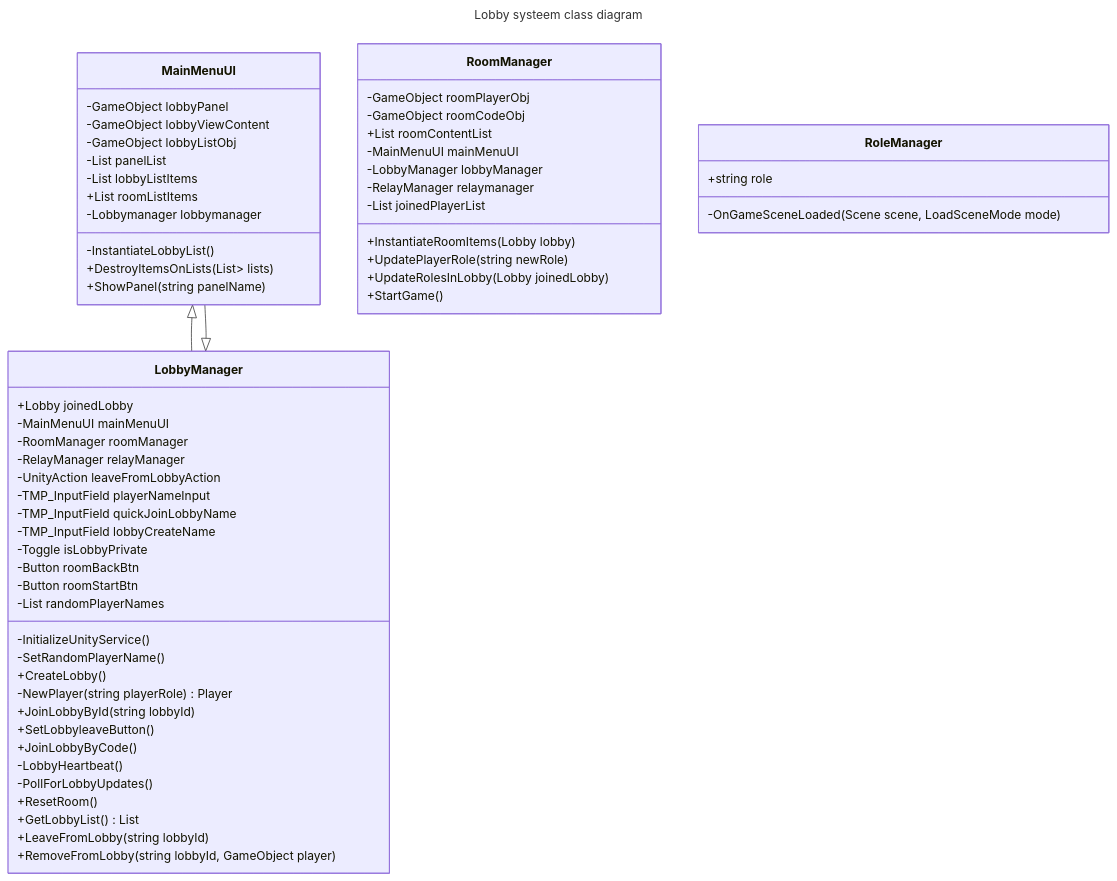
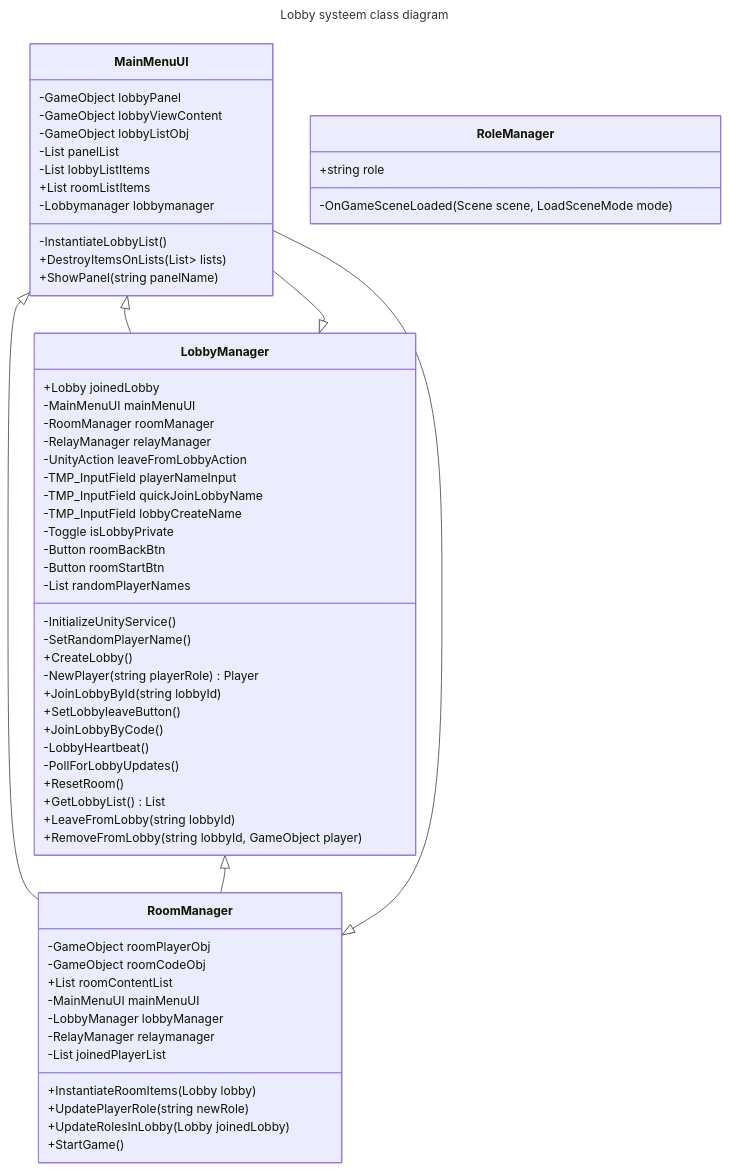
The third of 4 diagrams in README.md (T3rabyte/Examen), drawn with Mermaid before and after one commit.

````diff
--- a/README.md
+++ b/README.md
@@ -68,64 +68,67 @@
 ```mermaid
 ---
 title: Lobby systeem class diagram
 ---
 classDiagram
     MainMenuUI <|-- LobbyManager
     LobbyManager <|-- MainMenuUI
+    MainMenuUI <|-- RoomManager
+    LobbyManager <|-- RoomManager
+    RoomManager <|-- MainMenuUI
     class MainMenuUI{
         -GameObject lobbyPanel
         -GameObject lobbyViewContent
         -GameObject lobbyListObj
         -List<GameObject> panelList
         -List<GameObject> lobbyListItems
         +List<GameObject> roomListItems
         -Lobbymanager lobbymanager
         -InstantiateLobbyList()
         +DestroyItemsOnLists(List<List<GameObjects>> lists)
         +ShowPanel(string panelName)
     }
     class LobbyManager{
         +Lobby joinedLobby
         -MainMenuUI mainMenuUI
         -RoomManager roomManager
         -RelayManager relayManager
         -UnityAction leaveFromLobbyAction
         -TMP_InputField playerNameInput
         -TMP_InputField quickJoinLobbyName
         -TMP_InputField lobbyCreateName
         -Toggle isLobbyPrivate
         -Button roomBackBtn
         -Button roomStartBtn
         -List<string> randomPlayerNames
         -InitializeUnityService()
         -SetRandomPlayerName()
         +CreateLobby()
         -NewPlayer(string playerRole) Player
         +JoinLobbyById(string lobbyId)
         +SetLobbyleaveButton()
         +JoinLobbyByCode()
         -LobbyHeartbeat()
         -PollForLobbyUpdates()
         +ResetRoom()
         +GetLobbyList() List<Lobby>
         +LeaveFromLobby(string lobbyId)
         +RemoveFromLobby(string lobbyId, GameObject player) 
     }
     class RoomManager{
         -GameObject roomPlayerObj
         -GameObject roomCodeObj
         +List<GameObject> roomContentList
         -MainMenuUI mainMenuUI
         -LobbyManager lobbyManager
         -RelayManager relaymanager
         -List<Player> joinedPlayerList
         +InstantiateRoomItems(Lobby lobby)
         +UpdatePlayerRole(string newRole) 
         +UpdateRolesInLobby(Lobby joinedLobby) 
         +StartGame()
     }
     class RoleManager{
         +string role
         -OnGameSceneLoaded(Scene scene, LoadSceneMode mode)
     }
 ```
````
